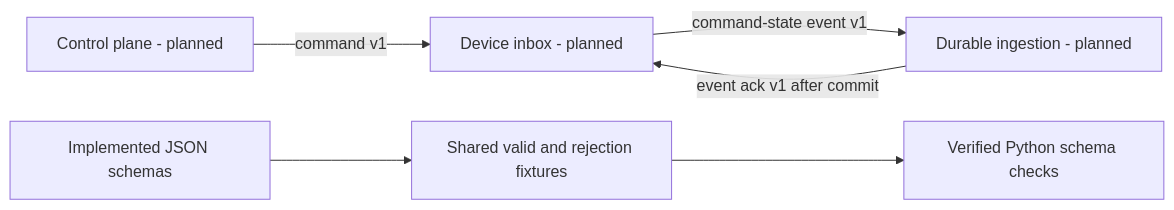
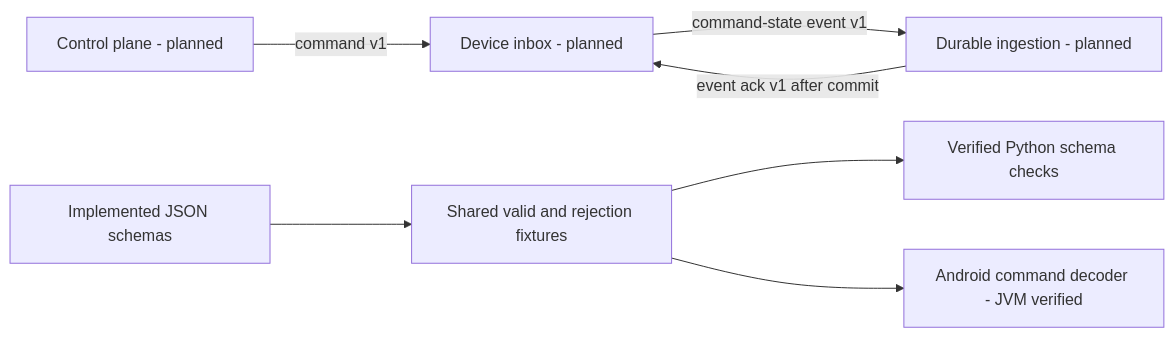
Before and after one commit to michaelnwanna/custom-android-mdm-agent: the diagram in contracts/README.md, drawn with Mermaid. The commit also changed other lines of this file and 86 other files, not shown here.

Commit message:
Validate Android command v1 envelopes against shared contract fixtures

````diff
--- a/contracts/README.md
+++ b/contracts/README.md
@@ -13,8 +15,9 @@
 ```mermaid
 flowchart LR
     Server[Control plane - planned] -->|command v1| Device[Device inbox - planned]
     Device -->|command-state event v1| Ingest[Durable ingestion - planned]
     Ingest -->|event ack v1 after commit| Device
     Schemas[Implemented JSON schemas] --> Fixtures[Shared valid and rejection fixtures]
     Fixtures --> Checks[Verified Python schema checks]
+    Fixtures --> Decoder[Android command decoder - JVM verified]
 ```
````
